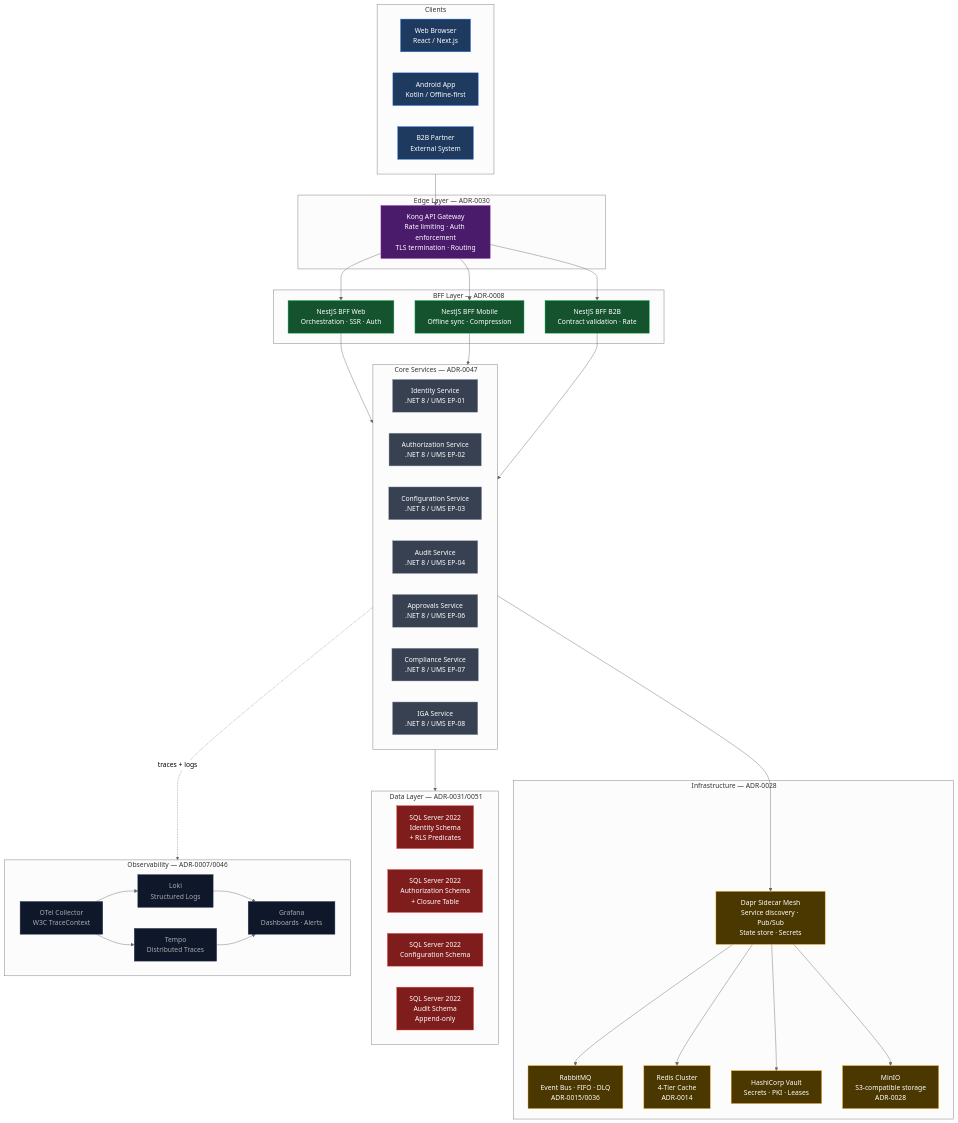
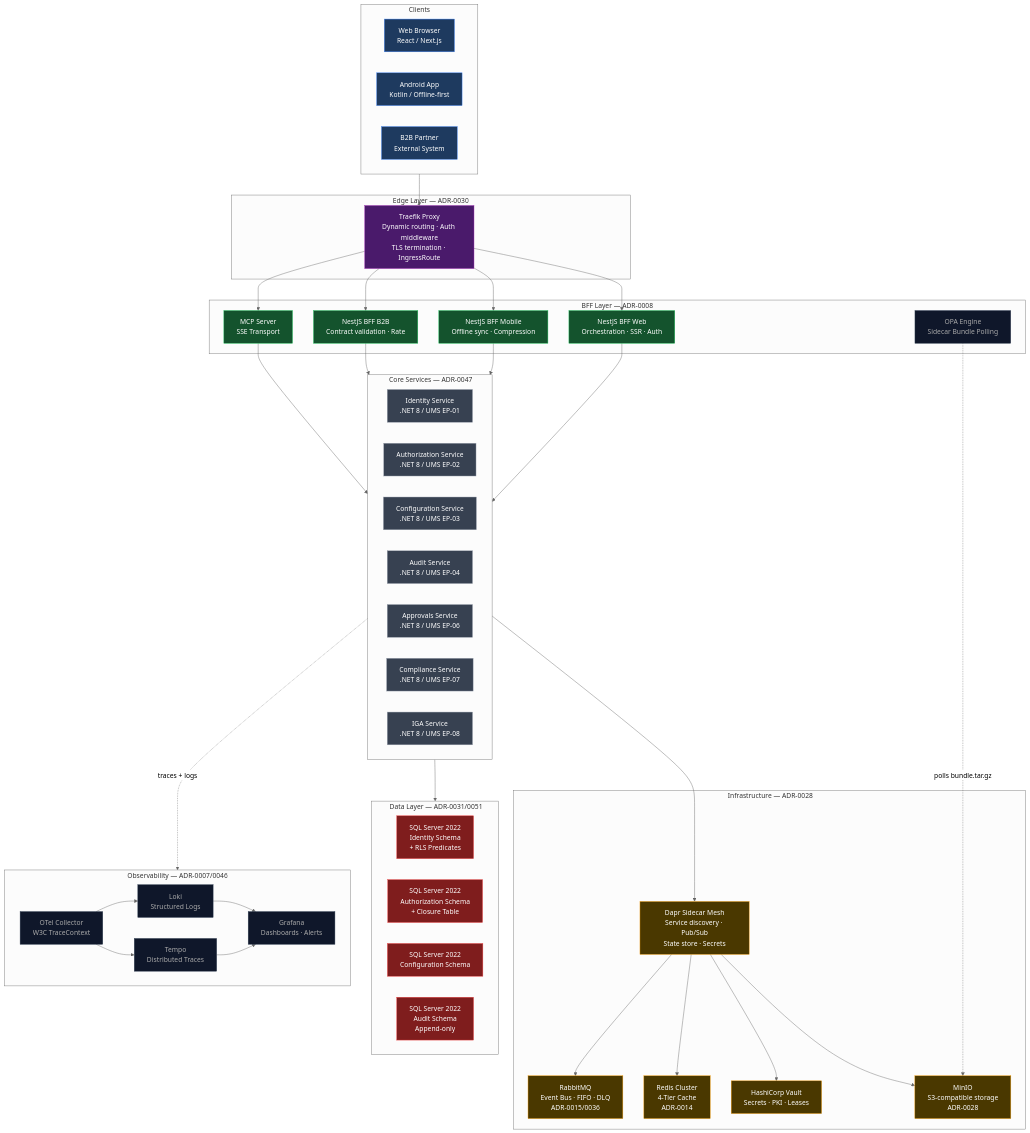
Before and after one commit to beyondnetcode/evolith_arch32: the first of 5 diagrams in reference/governance/standards/communication/visuals/v08-infrastructure-topology.md, drawn with Mermaid (neutral theme). The commit also changed other lines of this file and 23 other files, not shown here.

Commit message:
feat(infra): introduce helm charts, opa bundle architecture, and dual-engine governance rules

````diff
--- a/reference/governance/standards/communication/visuals/v08-infrastructure-topology.md
+++ b/reference/governance/standards/communication/visuals/v08-infrastructure-topology.md
@@ -11,69 +11,72 @@
 ```mermaid
 flowchart TB
     classDef client fill:#1e3a5f,stroke:#3b82f6,color:#fff
     classDef gateway fill:#4a1a6b,stroke:#9c27b0,color:#fff
     classDef bff fill:#14532d,stroke:#22c55e,color:#fff
     classDef service fill:#374151,stroke:#9ca3af,color:#fff
     classDef infra fill:#4a3800,stroke:#f59e0b,color:#fff
     classDef obs fill:#0f172a,stroke:#334155,color:#aaa
     classDef db fill:#7f1d1d,stroke:#ef4444,color:#fff
 
     subgraph CLIENTS[" Clients"]
         direction LR
         WEB["Web Browser\nReact / Next.js"]:::client
         MOB["Android App\nKotlin / Offline-first"]:::client
         B2B["B2B Partner\nExternal System"]:::client
     end
 
     subgraph EDGE[" Edge Layer — ADR-0030"]
-        KONG["Kong API Gateway\nRate limiting · Auth enforcement\nTLS termination · Routing"]:::gateway
+        TRAEFIK["Traefik Proxy\nDynamic routing · Auth middleware\nTLS termination · IngressRoute"]:::gateway
     end
 
     subgraph BFF_LAYER[" BFF Layer — ADR-0008"]
         BFF_WEB["NestJS BFF Web\nOrchestration · SSR · Auth"]:::bff
         BFF_MOB["NestJS BFF Mobile\nOffline sync · Compression"]:::bff
         BFF_B2B["NestJS BFF B2B\nContract validation · Rate"]:::bff
+        MCP_SERVER["MCP Server\nSSE Transport"]:::bff
+        OPA["OPA Engine\nSidecar Bundle Polling"]:::obs
     end
 
     subgraph SERVICES["️ Core Services — ADR-0047"]
         SVC_ID["Identity Service\n.NET 8 / UMS EP-01"]:::service
         SVC_AZ["Authorization Service\n.NET 8 / UMS EP-02"]:::service
         SVC_CF["Configuration Service\n.NET 8 / UMS EP-03"]:::service
         SVC_AU["Audit Service\n.NET 8 / UMS EP-04"]:::service
         SVC_AP["Approvals Service\n.NET 8 / UMS EP-06"]:::service
         SVC_CO["Compliance Service\n.NET 8 / UMS EP-07"]:::service
         SVC_IG["IGA Service\n.NET 8 / UMS EP-08"]:::service
     end
 
     subgraph INFRA_LAYER["️ Infrastructure — ADR-0028"]
         DAPR["Dapr Sidecar Mesh\nService discovery · Pub/Sub\nState store · Secrets"]:::infra
         RMQ["RabbitMQ\nEvent Bus · FIFO · DLQ\nADR-0015/0036"]:::infra
         REDIS["Redis Cluster\n4-Tier Cache\nADR-0014"]:::infra
         VAULT["HashiCorp Vault\nSecrets · PKI · Leases"]:::infra
         MINIO["MinIO\nS3-compatible storage\nADR-0028"]:::infra
     end
 
     subgraph DATA["️ Data Layer — ADR-0031/0051"]
         DB_ID["SQL Server 2022\nIdentity Schema\n+ RLS Predicates"]:::db
         DB_AZ["SQL Server 2022\nAuthorization Schema\n+ Closure Table"]:::db
         DB_CF["SQL Server 2022\nConfiguration Schema"]:::db
         DB_AU["SQL Server 2022\nAudit Schema\nAppend-only"]:::db
     end
 
     subgraph OBS[" Observability — ADR-0007/0046"]
         direction LR
         OTEL["OTel Collector\nW3C TraceContext"]:::obs
         LOKI["Loki\nStructured Logs"]:::obs
         TEMPO["Tempo\nDistributed Traces"]:::obs
         GRAFANA["Grafana\nDashboards · Alerts"]:::obs
         OTEL --> LOKI & TEMPO --> GRAFANA
     end
 
-    CLIENTS --> KONG
-    KONG --> BFF_WEB & BFF_MOB & BFF_B2B
-    BFF_WEB & BFF_MOB & BFF_B2B --> SERVICES
+    CLIENTS --> TRAEFIK
+    TRAEFIK --> BFF_WEB & BFF_MOB & BFF_B2B & MCP_SERVER
+    OPA -.->|"polls bundle.tar.gz"| MINIO
+    BFF_WEB & BFF_MOB & BFF_B2B & MCP_SERVER --> SERVICES
     SERVICES --> DAPR
     DAPR --> RMQ & REDIS & VAULT & MINIO
     SERVICES --> DATA
     SERVICES -.->|"traces + logs"| OTEL
 ```
````
